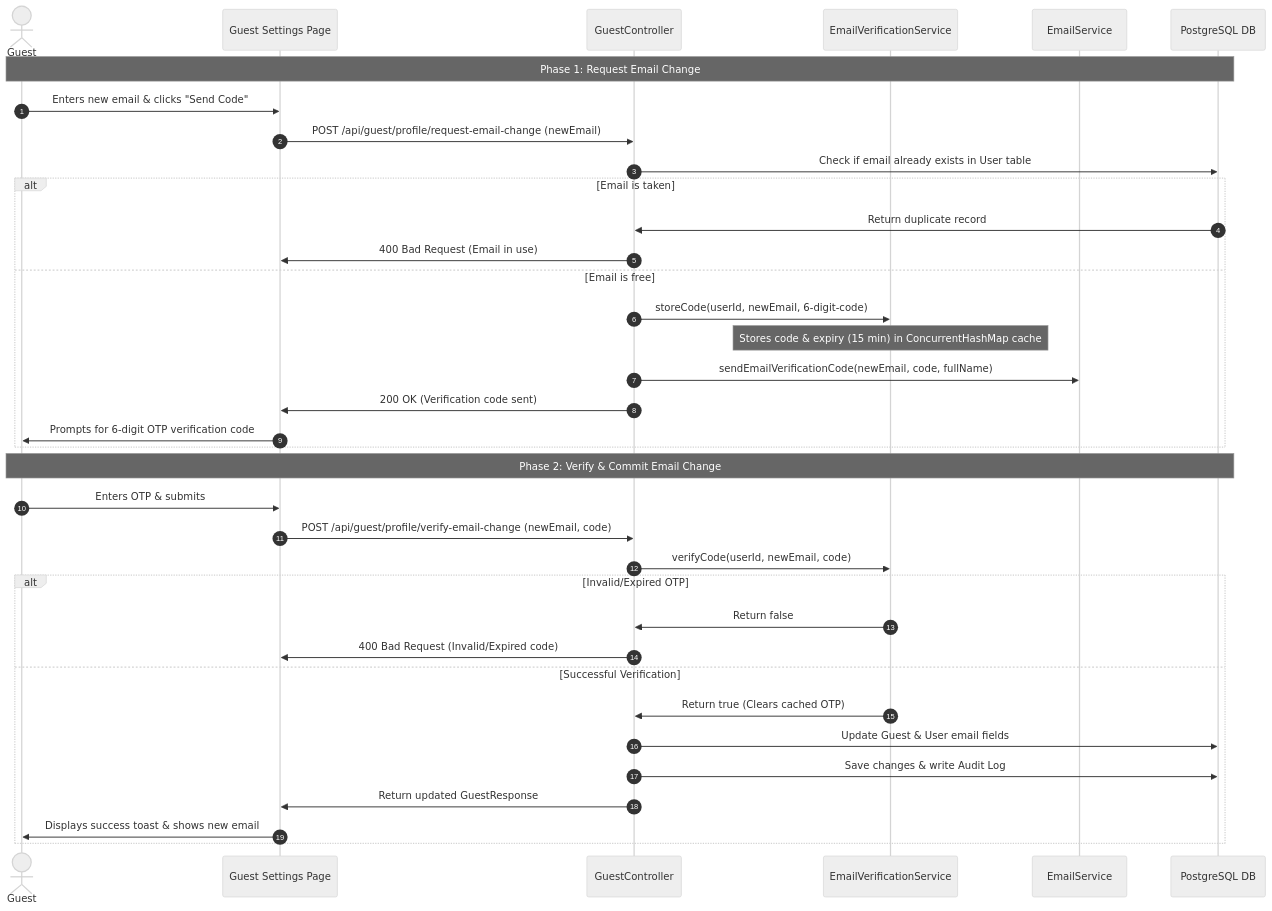
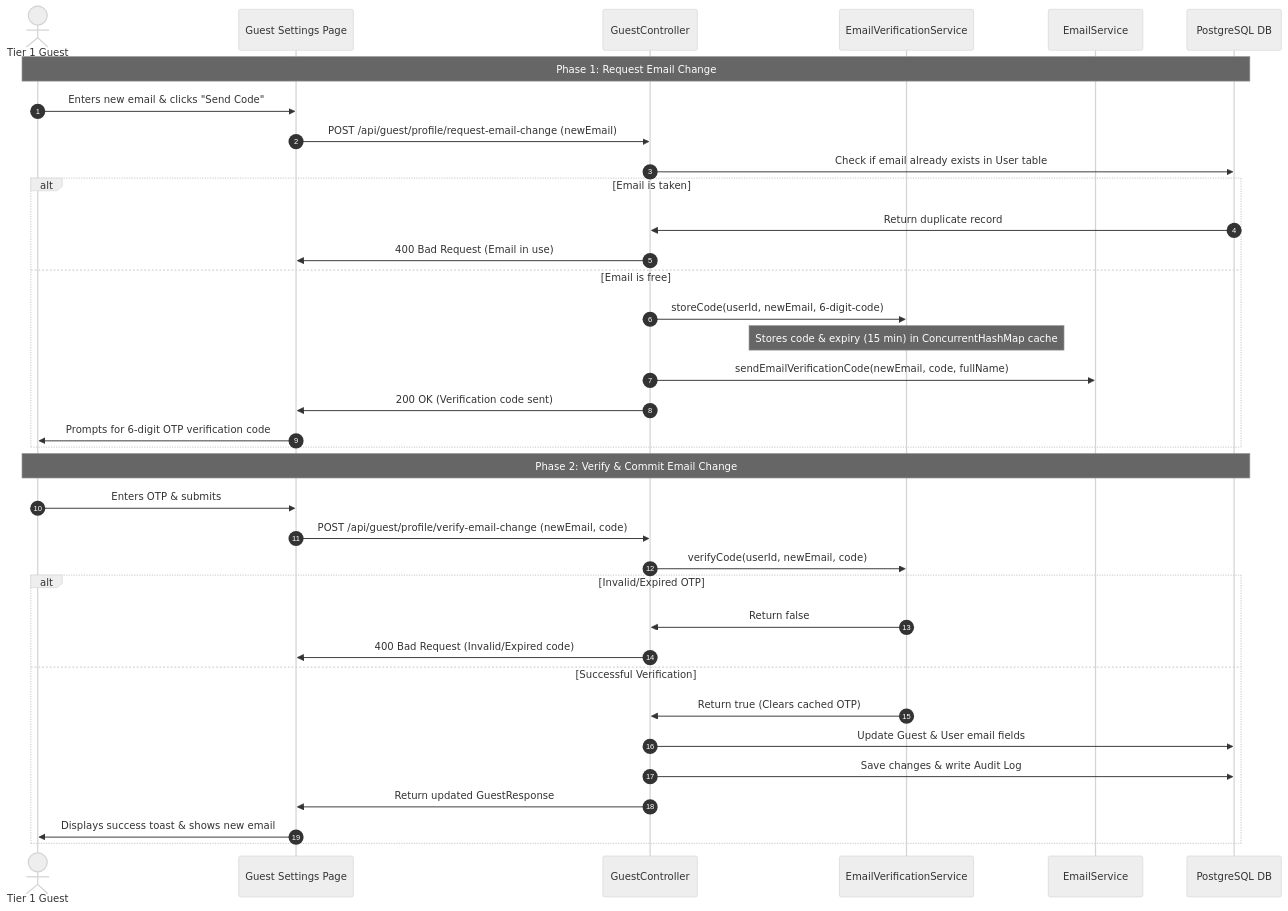
One commit to rahul-0906/PG-Project changed diagram 16 of 21 in docs/WORKFLOWS.md. Above: the diagram before and after it, drawn with Mermaid (neutral theme). The commit also changed other lines of this file and 7 other files, not shown here.

Commit message:
Comprehensive documentation overhaul: update 4-tier roles, workflows, calculations, architecture, and onboarding SOP

````diff
--- a/docs/WORKFLOWS.md
+++ b/docs/WORKFLOWS.md
@@ -489,40 +500,40 @@
 ```mermaid
 sequenceDiagram
     autonumber
-    actor Guest
+    actor Guest as Tier 1 Guest
     participant Portal as Guest Settings Page
     participant Controller as GuestController
     participant EVService as EmailVerificationService
     participant Mail as EmailService
     participant DB as PostgreSQL DB
 
     Note over Guest, DB: Phase 1: Request Email Change
     Guest->>Portal: Enters new email & clicks "Send Code"
     Portal->>Controller: POST /api/guest/profile/request-email-change (newEmail)
     Controller->>DB: Check if email already exists in User table
     alt Email is taken
         DB->>Controller: Return duplicate record
         Controller->>Portal: 400 Bad Request (Email in use)
     else Email is free
         Controller->>EVService: storeCode(userId, newEmail, 6-digit-code)
         Note over EVService: Stores code & expiry (15 min) in ConcurrentHashMap cache
         Controller->>Mail: sendEmailVerificationCode(newEmail, code, fullName)
         Controller->>Portal: 200 OK (Verification code sent)
         Portal->>Guest: Prompts for 6-digit OTP verification code
     end
 
     Note over Guest, DB: Phase 2: Verify & Commit Email Change
     Guest->>Portal: Enters OTP & submits
     Portal->>Controller: POST /api/guest/profile/verify-email-change (newEmail, code)
     Controller->>EVService: verifyCode(userId, newEmail, code)
     alt Invalid/Expired OTP
         EVService->>Controller: Return false
         Controller->>Portal: 400 Bad Request (Invalid/Expired code)
     else Successful Verification
         EVService->>Controller: Return true (Clears cached OTP)
         Controller->>DB: Update Guest & User email fields
         Controller->>DB: Save changes & write Audit Log
         Controller->>Portal: Return updated GuestResponse
         Portal->>Guest: Displays success toast & shows new email
     end
 ```
````
